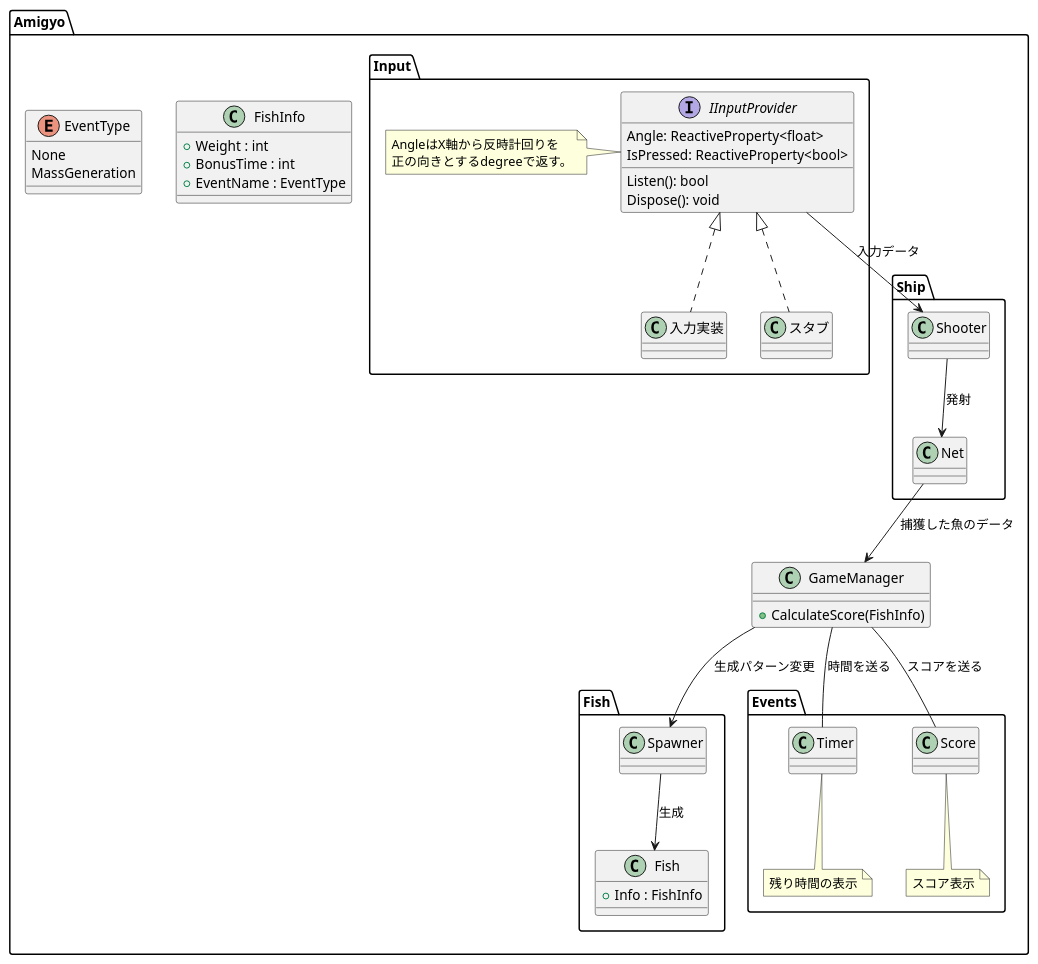
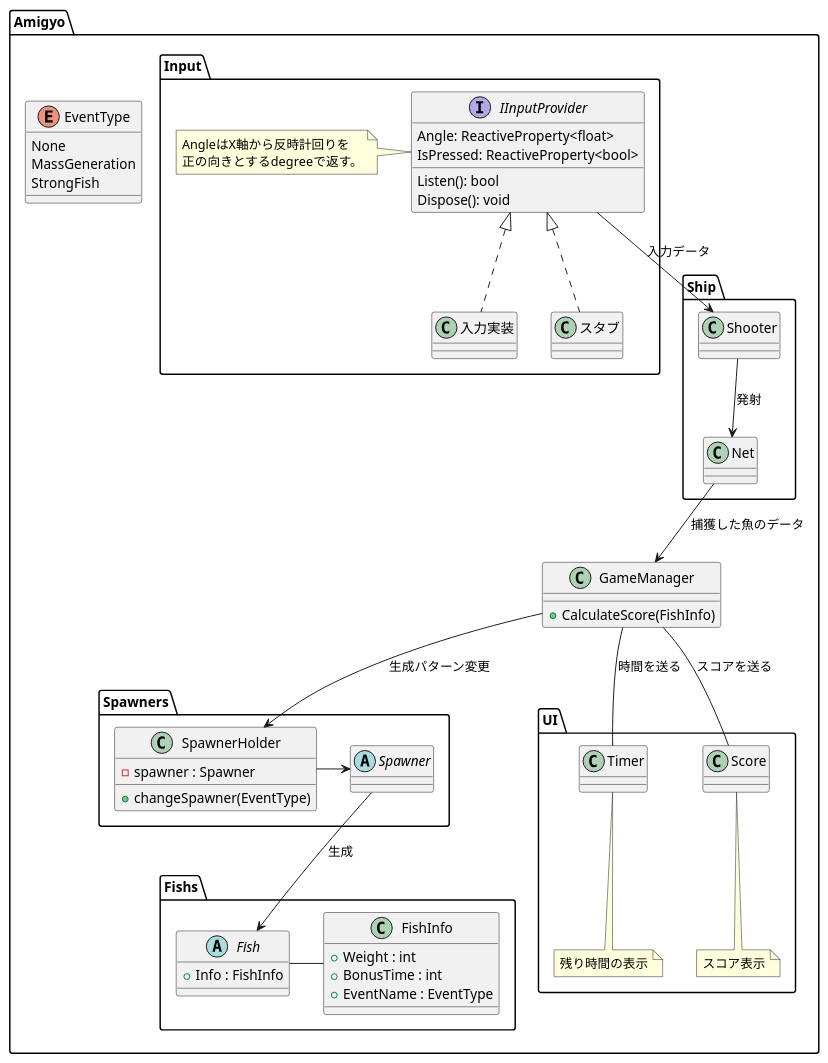
The diagram in docs/ソフトウェアクラス図.plantuml (pumpkin1126/ami-gyo), drawn with PlantUML before and after one commit. The commit also changed 1 other file, not shown here.

```diff
--- a/docs/ソフトウェアクラス図.plantuml
+++ b/docs/ソフトウェアクラス図.plantuml
@@ -1,77 +1,86 @@
 @startuml Amigyo-class
 
 namespace Amigyo {
 
     namespace Input {
         interface IInputProvider {
             Angle: ReactiveProperty<float>
             IsPressed: ReactiveProperty<bool>
             Listen(): bool
             Dispose(): void
         }
         note left
         AngleはX軸から反時計回りを
         正の向きとするdegreeで返す。
         end note
 
         IInputProvider <|.. 入力実装
         IInputProvider <|.. スタブ
     }
 
-    namespace Fish{
-        class Spawner{
+    namespace Spawners{
+        class SpawnerHolder{
+            - spawner : Spawner
+            + changeSpawner(EventType)
+        }
+
+        abstract class Spawner{
 
         }
-        abstract class Fish
 
-        Spawner --> Fish : 生成
+        SpawnerHolder -> Spawner
+    }
 
-        class Fish{
+    namespace Fishs{
+        class FishInfo{
+            + Weight : int
+            + BonusTime : int
+            + EventName : EventType
+        }
+
+        abstract class Fish{
             + Info : FishInfo
         }
     }
 
     class GameManager{
         + CalculateScore(FishInfo)
     }
 
-    class FishInfo{
-        + Weight : int
-        + BonusTime : int
-        + EventName : EventType
-    }
-
     enum EventType{
         None
         MassGeneration
+        StrongFish
     }
 
-    namespace Events{
+    namespace UI{
 
         class Timer{
 
         }
         note bottom : 残り時間の表示
 
         class Score{
 
         }
         note bottom : スコア表示
     }
 
     namespace Ship{
         class Shooter{
 
         }
         class Net
 
         Shooter --> Net : 発射
     }
 
-    GameManager -- Amigyo.Events.Timer : 時間を送る
-    GameManager -- Amigyo.Events.Score : スコアを送る
-    GameManager --> Amigyo.Fish.Spawner : 生成パターン変更
+    GameManager -- Amigyo.UI.Timer : 時間を送る
+    GameManager -- Amigyo.UI.Score : スコアを送る
+    GameManager --> Amigyo.Spawners.SpawnerHolder : 生成パターン変更
     Amigyo.Ship.Net --> GameManager : 捕獲した魚のデータ
     Amigyo.Input.IInputProvider --> Amigyo.Ship.Shooter : 入力データ
+    Amigyo.Spawners.Spawner --> Amigyo.Fishs.Fish : 生成
+    Amigyo.Fishs.Fish - Amigyo.Fishs.FishInfo
 }
 @enduml
```
